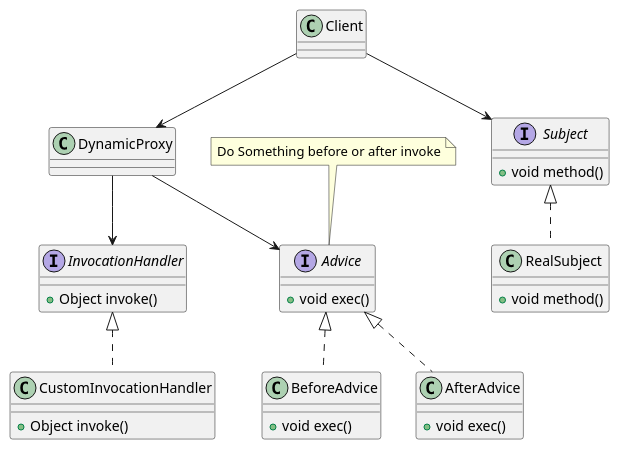
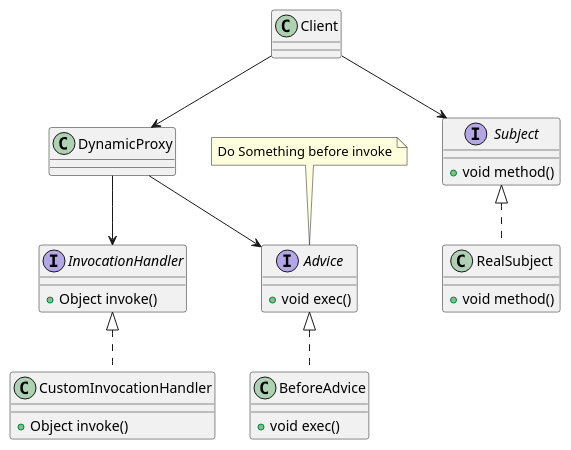
One commit to melodyfff/note changed the second of 2 diagrams in blog/source/_posts/【Design Patterns】代理模式.md. Above: the diagram before and after it, drawn with PlantUML. The commit also changed 1 other file, not shown here.

Commit message:
:thinking: update

````diff
--- a/blog/source/_posts/【Design Patterns】代理模式.md
+++ b/blog/source/_posts/【Design Patterns】代理模式.md
@@ -127,61 +128,54 @@
 ```plantuml
-@startuml dynamic proxy
-
+@startuml
 class Client{
 
 }
 
 class DynamicProxy{
 
 }
 
 interface InvocationHandler {
     + Object invoke()
 }
 
 class CustomInvocationHandler{
     + Object invoke()
 }
 
 interface Advice{
     + void exec()
 }
 
 class BeforeAdvice{
     + void exec()    
 }
 
-class AfterAdvice{
-    + void exec()    
-}
 
 interface Subject{
     + void method()
 }
 
 class RealSubject{
     + void method()
 }
 
 Subject <|.. RealSubject
 
 Client --> DynamicProxy
 
 Client --> Subject
 
 DynamicProxy --> InvocationHandler
 
 DynamicProxy --> Advice 
 
 Advice <|.. BeforeAdvice
 
-Advice <|.. AfterAdvice
-
 InvocationHandler <|.. CustomInvocationHandler
 
 
-note "Do Something before or after invoke" as N1
+note "Do Something before invoke" as N1
 N1 .. Advice
-
 @enduml
 ```
````
